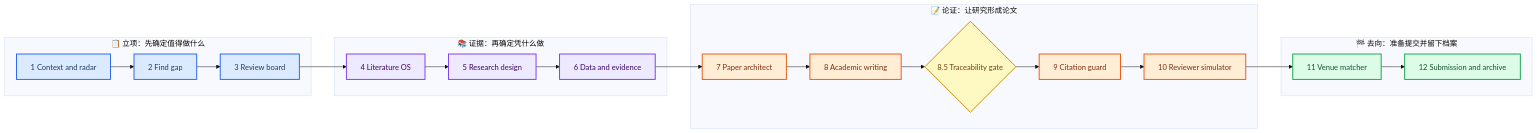
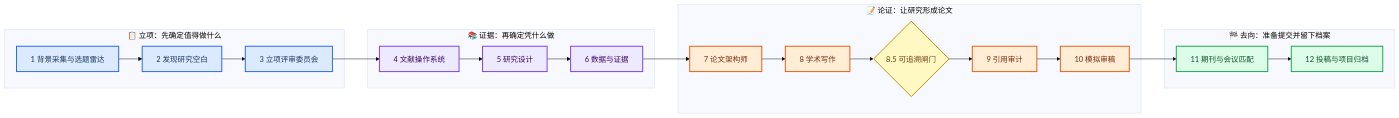
One commit to AE0506/research-skill-pack changed the second of 5 diagrams in README.md. Above: the diagram before and after it, drawn with Mermaid (base theme). The commit also changed other lines of this file, not shown here.

Commit message:
docs: localize workflow diagrams in Chinese

````diff
--- a/README.md
+++ b/README.md
@@ -95,37 +95,37 @@
 ```mermaid
 flowchart LR
-    accTitle: Twelve research stages
-    accDescr: The twelve main research stages are grouped into four readable phases, with the 8.5 traceability gate placed between writing and citation review.
+    accTitle: 十二个研究主阶段
+    accDescr: 十二个主阶段被组织为立项、证据、论证和去向四个阶段，第八点五步的可追溯闸门位于写作和引用审计之间。
 
     subgraph establish["📋 立项：先确定值得做什么"]
-        stage_1[1 Context and radar] --> stage_2[2 Find gap] --> stage_3[3 Review board]
+        stage_1[1 背景采集与选题雷达] --> stage_2[2 发现研究空白] --> stage_3[3 立项评审委员会]
     end
 
     subgraph prove["📚 证据：再确定凭什么做"]
-        stage_4[4 Literature OS] --> stage_5[5 Research design] --> stage_6[6 Data and evidence]
+        stage_4[4 文献操作系统] --> stage_5[5 研究设计] --> stage_6[6 数据与证据]
     end
 
     subgraph write["📝 论证：让研究形成论文"]
-        stage_7[7 Paper architect] --> stage_8[8 Academic writing] --> stage_85{8.5 Traceability gate} --> stage_9[9 Citation guard] --> stage_10[10 Reviewer simulator]
+        stage_7[7 论文架构师] --> stage_8[8 学术写作] --> stage_85{8.5 可追溯闸门} --> stage_9[9 引用审计] --> stage_10[10 模拟审稿]
     end
 
     subgraph deliver["🏁 去向：准备提交并留下档案"]
-        stage_11[11 Venue matcher] --> stage_12[12 Submission and archive]
+        stage_11[11 期刊与会议匹配] --> stage_12[12 投稿与项目归档]
     end
 
     stage_3 --> stage_4
     stage_6 --> stage_7
     stage_10 --> stage_11
 
     classDef establish_style fill:#dbeafe,stroke:#2563eb,stroke-width:2px,color:#1e3a5f
     classDef evidence_style fill:#ede9fe,stroke:#7c3aed,stroke-width:2px,color:#3b0764
     classDef writing_style fill:#ffedd5,stroke:#ea580c,stroke-width:2px,color:#7c2d12
     classDef decision fill:#fef9c3,stroke:#ca8a04,stroke-width:2px,color:#713f12
     classDef delivery_style fill:#dcfce7,stroke:#16a34a,stroke-width:2px,color:#14532d
 
     class stage_1,stage_2,stage_3 establish_style
     class stage_4,stage_5,stage_6 evidence_style
     class stage_7,stage_8,stage_9,stage_10 writing_style
     class stage_85 decision
     class stage_11,stage_12 delivery_style
 ```
````
